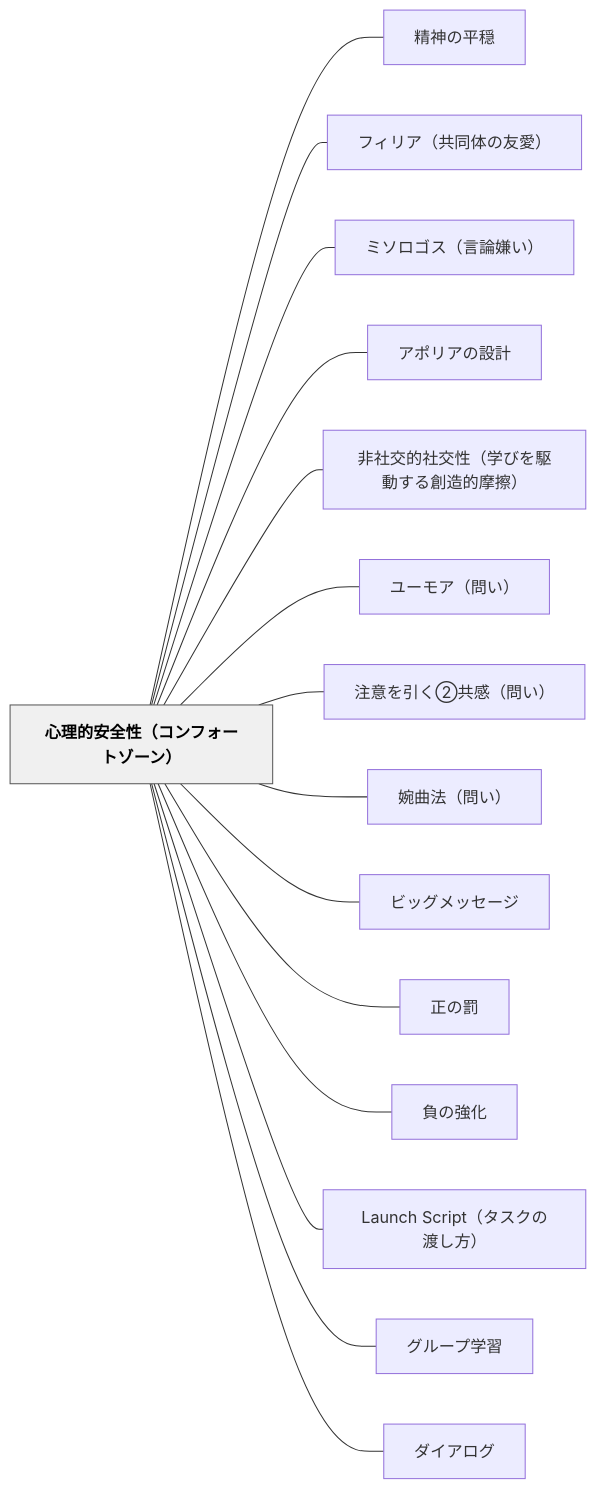
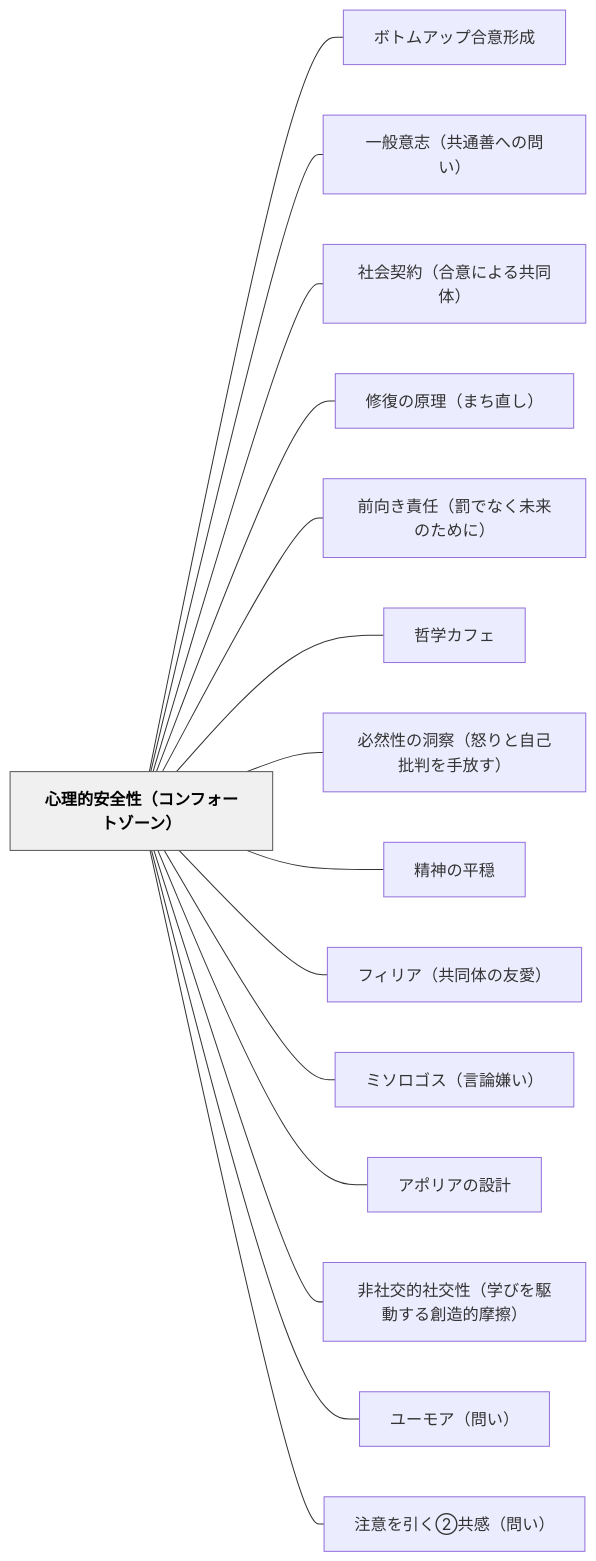
Before and after one commit to unknownthings-ed-patterns/unknownthings-ed-patterns: the diagram in content/パタン/心理的安全性（コンフォートゾーン）.md, drawn with Mermaid. The commit also changed other lines of this file and 185 other files, not shown here.

````diff
--- a/content/パタン/心理的安全性（コンフォートゾーン）.md
+++ b/content/パタン/心理的安全性（コンフォートゾーン）.md
@@ -70,36 +70,36 @@
 ```mermaid
 flowchart LR
     ne5bf83e79086e79a84e5ae89e585a8e680a7efbc88e382b3e383b3e38395e382a9e383bce38388e382bee383bce383b3efbc89["心理的安全性（コンフォートゾーン）"]
+    ne3839ce38388e383a0e382a2e38383e38397e59088e6848fe5bda2e68890["ボトムアップ合意形成"]
+    ne4b880e888ace6848fe5bf97efbc88e585b1e9809ae59684e381b8e381aee5958fe38184efbc89["一般意志（共通善への問い）"]
+    ne7a4bee4bc9ae5a591e7b484efbc88e59088e6848fe381abe38288e3828be585b1e5908ce4bd93efbc89["社会契約（合意による共同体）"]
+    ne4bfaee5bea9e381aee58e9fe79086efbc88e381bee381a1e79bb4e38197efbc89["修復の原理（まち直し）"]
+    ne5898de59091e3818de8b2ace4bbbbefbc88e7bdb0e381a7e381aae3818fe69caae69da5e381aee3819fe38281e381abefbc89["前向き責任（罰でなく未来のために）"]
+    ne593b2e5ada6e382abe38395e382a7["哲学カフェ"]
+    ne5bf85e784b6e680a7e381aee6b49ee5af9fefbc88e68092e3828ae381a8e887aae5b7b1e689b9e588a4e38292e6898be694bee38199efbc89["必然性の洞察（怒りと自己批判を手放す）"]
     ne7b2bee7a59ee381aee5b9b3e7a98f["精神の平穏"]
     ne38395e382a3e383aae382a2efbc88e585b1e5908ce4bd93e381aee58f8be6849befbc89["フィリア（共同体の友愛）"]
     ne3839fe382bde383ade382b4e382b9efbc88e8a880e8ab96e5ab8ce38184efbc89["ミソロゴス（言論嫌い）"]
     ne382a2e3839de383aae382a2e381aee8a8ade8a888["アポリアの設計"]
     ne99d9ee7a4bee4baa4e79a84e7a4bee4baa4e680a7efbc88e5ada6e381b3e38292e9a786e58b95e38199e3828be589b5e980a0e79a84e691a9e693a6efbc89["非社交的社交性（学びを駆動する創造的摩擦）"]
     ne383a6e383bce383a2e382a2efbc88e5958fe38184efbc89["ユーモア（問い）"]
     ne6b3a8e6848fe38292e5bc95e3818fe291a1e585b1e6849fefbc88e5958fe38184efbc89["注意を引く②共感（問い）"]
-    ne5a989e69bb2e6b395efbc88e5958fe38184efbc89["婉曲法（問い）"]
-    ne38393e38383e382b0e383a1e38383e382bbe383bce382b8["ビッグメッセージ"]
-    ne6ada3e381aee7bdb0["正の罰"]
-    ne8b2a0e381aee5bcb7e58c96["負の強化"]
-    n4c61756e636820536372697074efbc88e382bfe382b9e382afe381aee6b8a1e38197e696b9efbc89["Launch Script（タスクの渡し方）"]
-    ne382b0e383abe383bce38397e5ada6e7bf92["グループ学習"]
-    ne38380e382a4e382a2e383ade382b0["ダイアログ"]
 
+    ne5bf83e79086e79a84e5ae89e585a8e680a7efbc88e382b3e383b3e38395e382a9e383bce38388e382bee383bce383b3efbc89 --- ne3839ce38388e383a0e382a2e38383e38397e59088e6848fe5bda2e68890
+    ne5bf83e79086e79a84e5ae89e585a8e680a7efbc88e382b3e383b3e38395e382a9e383bce38388e382bee383bce383b3efbc89 --- ne4b880e888ace6848fe5bf97efbc88e585b1e9809ae59684e381b8e381aee5958fe38184efbc89
+    ne5bf83e79086e79a84e5ae89e585a8e680a7efbc88e382b3e383b3e38395e382a9e383bce38388e382bee383bce383b3efbc89 --- ne7a4bee4bc9ae5a591e7b484efbc88e59088e6848fe381abe38288e3828be585b1e5908ce4bd93efbc89
+    ne5bf83e79086e79a84e5ae89e585a8e680a7efbc88e382b3e383b3e38395e382a9e383bce38388e382bee383bce383b3efbc89 --- ne4bfaee5bea9e381aee58e9fe79086efbc88e381bee381a1e79bb4e38197efbc89
+    ne5bf83e79086e79a84e5ae89e585a8e680a7efbc88e382b3e383b3e38395e382a9e383bce38388e382bee383bce383b3efbc89 --- ne5898de59091e3818de8b2ace4bbbbefbc88e7bdb0e381a7e381aae3818fe69caae69da5e381aee3819fe38281e381abefbc89
+    ne5bf83e79086e79a84e5ae89e585a8e680a7efbc88e382b3e383b3e38395e382a9e383bce38388e382bee383bce383b3efbc89 --- ne593b2e5ada6e382abe38395e382a7
+    ne5bf83e79086e79a84e5ae89e585a8e680a7efbc88e382b3e383b3e38395e382a9e383bce38388e382bee383bce383b3efbc89 --- ne5bf85e784b6e680a7e381aee6b49ee5af9fefbc88e68092e3828ae381a8e887aae5b7b1e689b9e588a4e38292e6898be694bee38199efbc89
     ne5bf83e79086e79a84e5ae89e585a8e680a7efbc88e382b3e383b3e38395e382a9e383bce38388e382bee383bce383b3efbc89 --- ne7b2bee7a59ee381aee5b9b3e7a98f
     ne5bf83e79086e79a84e5ae89e585a8e680a7efbc88e382b3e383b3e38395e382a9e383bce38388e382bee383bce383b3efbc89 --- ne38395e382a3e383aae382a2efbc88e585b1e5908ce4bd93e381aee58f8be6849befbc89
     ne5bf83e79086e79a84e5ae89e585a8e680a7efbc88e382b3e383b3e38395e382a9e383bce38388e382bee383bce383b3efbc89 --- ne3839fe382bde383ade382b4e382b9efbc88e8a880e8ab96e5ab8ce38184efbc89
     ne5bf83e79086e79a84e5ae89e585a8e680a7efbc88e382b3e383b3e38395e382a9e383bce38388e382bee383bce383b3efbc89 --- ne382a2e3839de383aae382a2e381aee8a8ade8a888
     ne5bf83e79086e79a84e5ae89e585a8e680a7efbc88e382b3e383b3e38395e382a9e383bce38388e382bee383bce383b3efbc89 --- ne99d9ee7a4bee4baa4e79a84e7a4bee4baa4e680a7efbc88e5ada6e381b3e38292e9a786e58b95e38199e3828be589b5e980a0e79a84e691a9e693a6efbc89
     ne5bf83e79086e79a84e5ae89e585a8e680a7efbc88e382b3e383b3e38395e382a9e383bce38388e382bee383bce383b3efbc89 --- ne383a6e383bce383a2e382a2efbc88e5958fe38184efbc89
     ne5bf83e79086e79a84e5ae89e585a8e680a7efbc88e382b3e383b3e38395e382a9e383bce38388e382bee383bce383b3efbc89 --- ne6b3a8e6848fe38292e5bc95e3818fe291a1e585b1e6849fefbc88e5958fe38184efbc89
-    ne5bf83e79086e79a84e5ae89e585a8e680a7efbc88e382b3e383b3e38395e382a9e383bce38388e382bee383bce383b3efbc89 --- ne5a989e69bb2e6b395efbc88e5958fe38184efbc89
-    ne5bf83e79086e79a84e5ae89e585a8e680a7efbc88e382b3e383b3e38395e382a9e383bce38388e382bee383bce383b3efbc89 --- ne38393e38383e382b0e383a1e38383e382bbe383bce382b8
-    ne5bf83e79086e79a84e5ae89e585a8e680a7efbc88e382b3e383b3e38395e382a9e383bce38388e382bee383bce383b3efbc89 --- ne6ada3e381aee7bdb0
-    ne5bf83e79086e79a84e5ae89e585a8e680a7efbc88e382b3e383b3e38395e382a9e383bce38388e382bee383bce383b3efbc89 --- ne8b2a0e381aee5bcb7e58c96
-    ne5bf83e79086e79a84e5ae89e585a8e680a7efbc88e382b3e383b3e38395e382a9e383bce38388e382bee383bce383b3efbc89 --- n4c61756e636820536372697074efbc88e382bfe382b9e382afe381aee6b8a1e38197e696b9efbc89
-    ne5bf83e79086e79a84e5ae89e585a8e680a7efbc88e382b3e383b3e38395e382a9e383bce38388e382bee383bce383b3efbc89 --- ne382b0e383abe383bce38397e5ada6e7bf92
-    ne5bf83e79086e79a84e5ae89e585a8e680a7efbc88e382b3e383b3e38395e382a9e383bce38388e382bee383bce383b3efbc89 --- ne38380e382a4e382a2e383ade382b0
 
     classDef hub fill:#f0f0f0,stroke:#555,color:#000,font-weight:bold
     class ne5bf83e79086e79a84e5ae89e585a8e680a7efbc88e382b3e383b3e38395e382a9e383bce38388e382bee383bce383b3efbc89 hub
 ```
````
